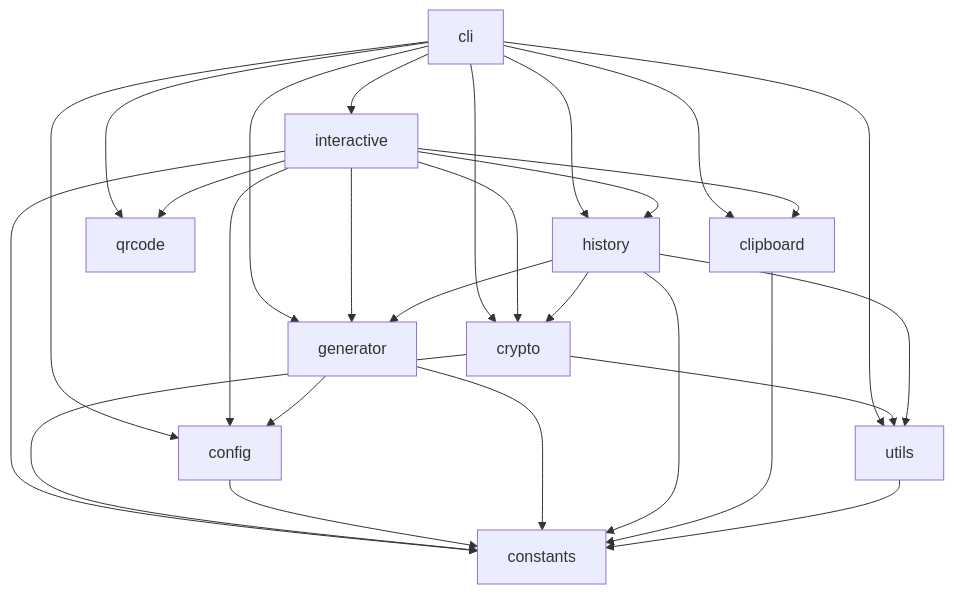
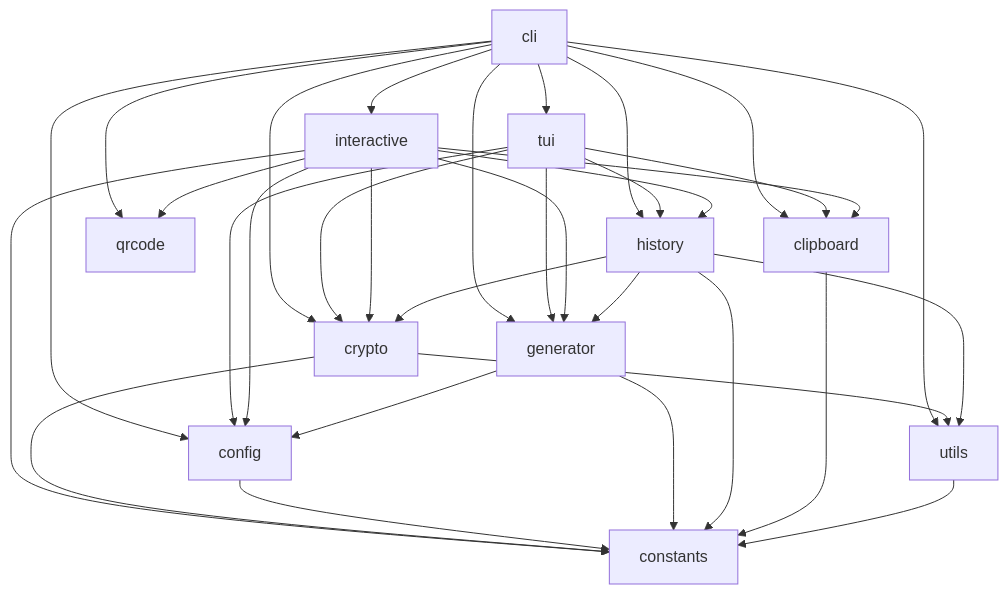
The diagram in secure_password_generator/README.md (jayissi/Secure-Password-Generator), drawn with Mermaid before and after one commit. The commit also changed other lines of this file and 14 other files, not shown here.

````diff
--- a/secure_password_generator/README.md
+++ b/secure_password_generator/README.md
@@ -17,29 +17,35 @@
 ```mermaid
 flowchart TD
     cli --> config
     cli --> crypto
     cli --> generator
     cli --> history
     cli --> clipboard
     cli --> qrcode
     cli --> utils
     cli --> interactive
+    cli --> tui
+    tui --> config
+    tui --> crypto
+    tui --> generator
+    tui --> history
+    tui --> clipboard
     interactive --> config
     interactive --> crypto
     interactive --> generator
     interactive --> history
     interactive --> clipboard
     interactive --> qrcode
     interactive --> constants
     crypto --> constants
     crypto --> utils
     config --> constants
     generator --> config
     generator --> constants
     history --> crypto
     history --> generator
     history --> utils
     history --> constants
     clipboard --> constants
     utils --> constants
 ```
````
